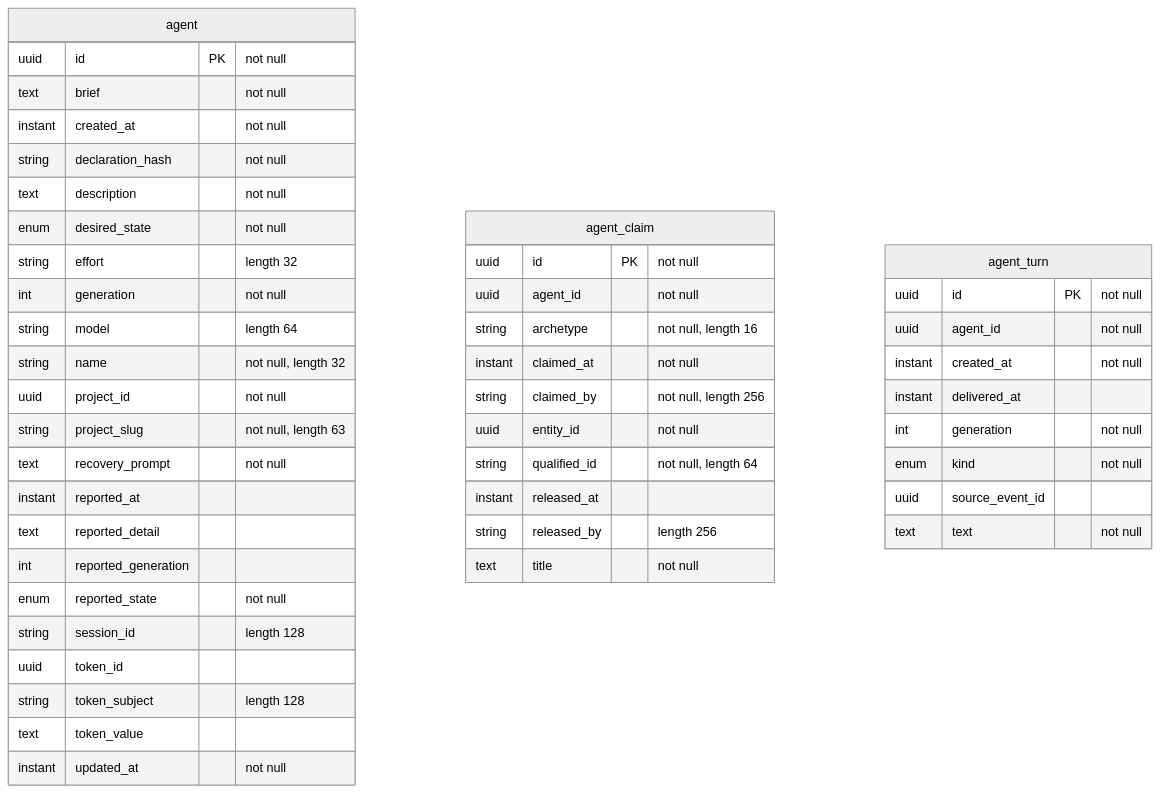
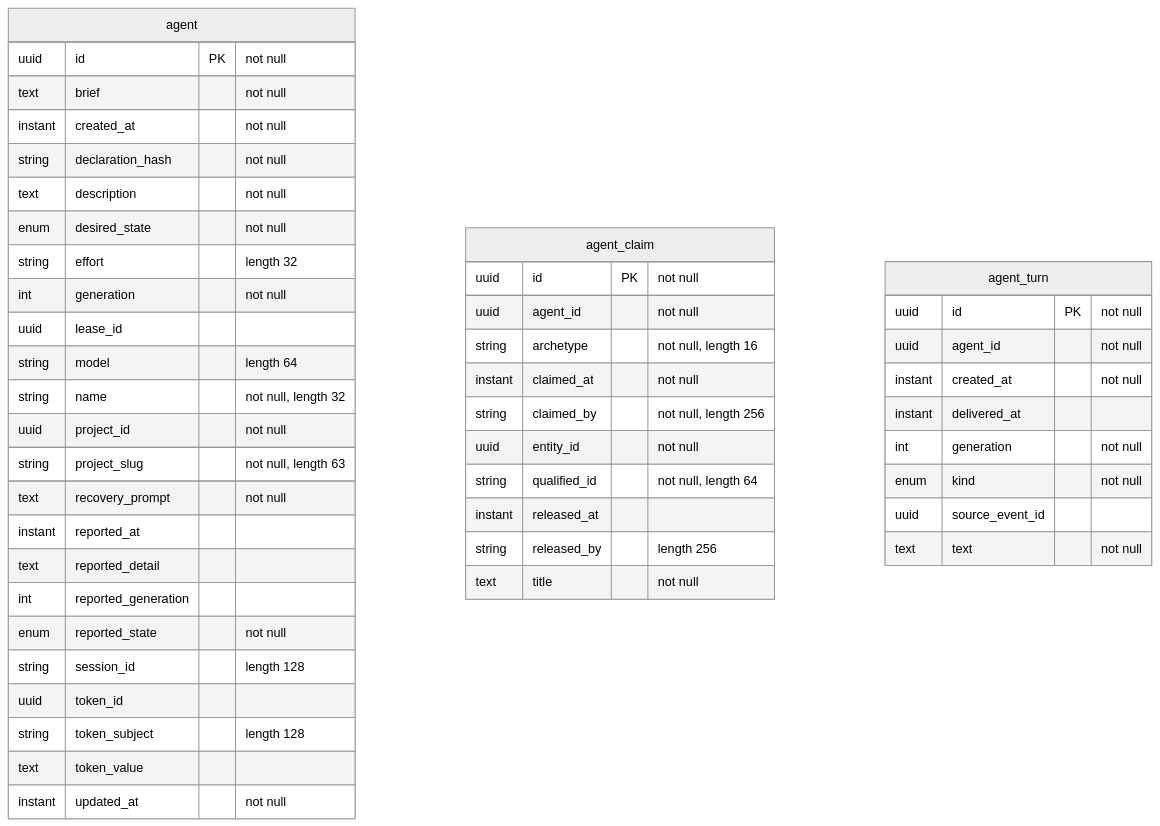
Before and after one commit to QuicklyIterateTheSoftware/qits-agents-service: the diagram in docs/database/agents.md, drawn with Mermaid (neutral theme). The commit also changed 28 other files, not shown here.

````diff
--- a/docs/database/agents.md
+++ b/docs/database/agents.md
@@ -6,52 +6,53 @@
 ```mermaid
 erDiagram
   %% agent: eu.wohlben.qits.agents.service.entity.ProjectAgent (domain)
   agent {
     uuid id PK "not null"
     text brief "not null"
     instant created_at "not null"
     string declaration_hash "not null"
     text description "not null"
     enum desired_state "not null"
     string effort "length 32"
     int generation "not null"
+    uuid lease_id
     string model "length 64"
     string name "not null, length 32"
     uuid project_id "not null"
     string project_slug "not null, length 63"
     text recovery_prompt "not null"
     instant reported_at
     text reported_detail
     int reported_generation
     enum reported_state "not null"
     string session_id "length 128"
     uuid token_id
     string token_subject "length 128"
     text token_value
     instant updated_at "not null"
   }
   %% agent_claim: eu.wohlben.qits.agents.service.entity.AgentClaim (domain)
   agent_claim {
     uuid id PK "not null"
     uuid agent_id "not null"
     string archetype "not null, length 16"
     instant claimed_at "not null"
     string claimed_by "not null, length 256"
     uuid entity_id "not null"
     string qualified_id "not null, length 64"
     instant released_at
     string released_by "length 256"
     text title "not null"
   }
   %% agent_turn: eu.wohlben.qits.agents.service.entity.AgentTurn (domain)
   agent_turn {
     uuid id PK "not null"
     uuid agent_id "not null"
     instant created_at "not null"
     instant delivered_at
     int generation "not null"
     enum kind "not null"
     uuid source_event_id
     text text "not null"
   }
 ```
````
